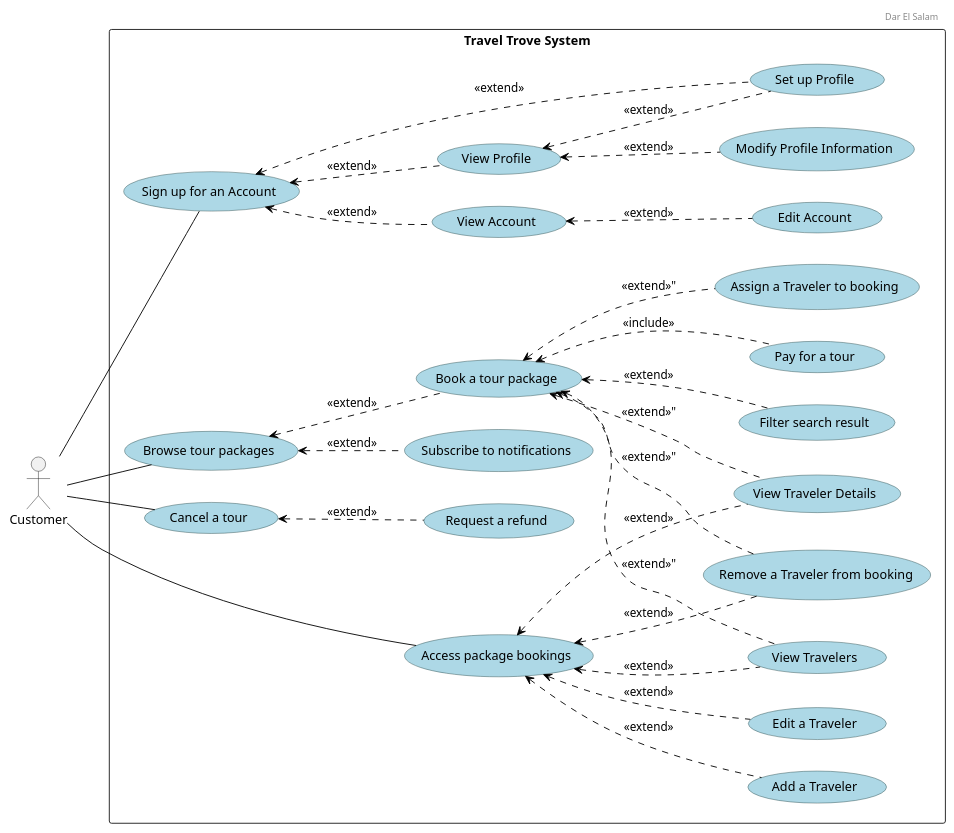
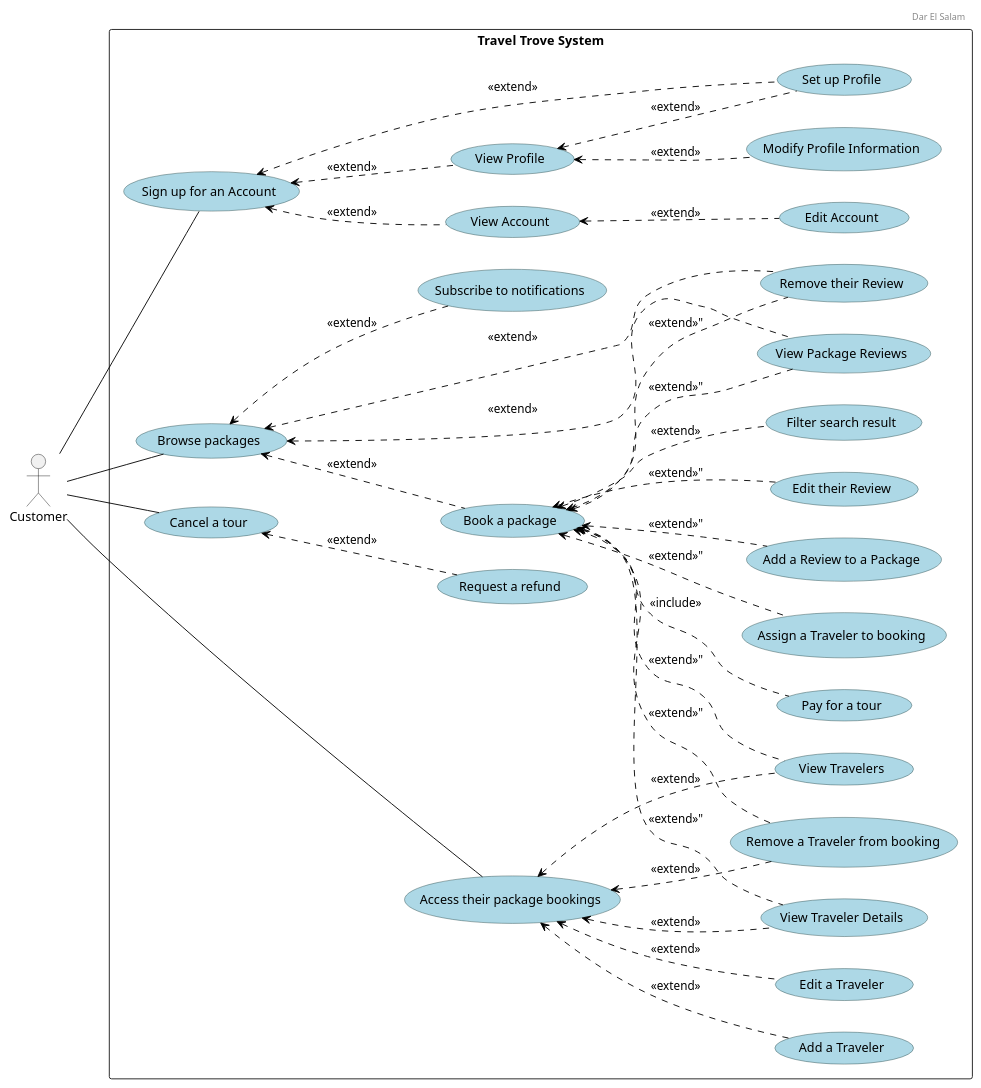
The diagram in diagrams/use cases/Customer.puml (Hares-2088/TravelTrove), drawn with PlantUML before and after one commit. The commit also changed 5 other files, not shown here.

Commit message:
Use case diagrams changes for reviews

```diff
--- a/diagrams/use cases/Customer.puml
+++ b/diagrams/use cases/Customer.puml
@@ -1,77 +1,88 @@
 @startuml
 
 left to right direction
 
 ' Add a header with left alignment
 header
 Dar El Salam
 endheader
 
 ' Align the header text to the left
 skinparam headerAlignment left
 
 ' Custom skin parameters for use cases
 skinparam usecase {
     BackgroundColor lightblue
     BorderColor DarkSlateGray
     ArrowColor Black
 }
 
 actor "Customer" as Customer
 
 rectangle "Travel Trove System" {
 
     usecase "Sign up for an Account"
     usecase "Set up Profile"
     usecase "View Account"
     usecase "Edit Account"
     usecase "View Profile"
     usecase "Modify Profile Information"
 
-    usecase "Browse tour packages"
+    usecase "Browse packages"
     usecase "Filter search result"
     usecase "Subscribe to notifications"
 
-    usecase "Book a tour package"
+    usecase "Book a package"
     usecase "Pay for a tour"
 
     usecase "Cancel a tour"
     usecase "Request a refund"
 
     usecase "View Travelers"
     usecase "View Traveler Details"
     usecase "Add a Traveler"
     usecase "Edit a Traveler"
     usecase "Assign a Traveler to booking"
     usecase "Remove a Traveler from booking"
 
-    usecase "Access package bookings"
+    usecase "Access their package bookings"
+
+    usecase "View Package Reviews"
+    usecase "Add a Review to a Package"
+    usecase "Edit their Review"
+    usecase "Remove their Review"
 }
 
 "Sign up for an Account" <.. "Set up Profile" : <<extend>>
 "Sign up for an Account" <.. "View Account" : <<extend>>
 "View Account" <.. "Edit Account" : <<extend>>
-"Browse tour packages" <.. "Book a tour package" : <<extend>>
-"Browse tour packages" <.. "Subscribe to notifications" : <<extend>>
-"Book a tour package" <.. "Filter search result" : <<extend>>
-"Book a tour package" <.. "Pay for a tour" : <<include>>
+"Browse packages" <.. "Book a package" : <<extend>>
+"Browse packages" <.. "Subscribe to notifications" : <<extend>>
+"Browse packages" <.. "View Package Reviews" : <<extend>>
+"Browse packages" <.. "Remove their Review" : <<extend>>
+"Book a package" <.. "Filter search result" : <<extend>>
+"Book a package" <.. "Pay for a tour" : <<include>>
 "Cancel a tour" <.. "Request a refund" : <<extend>>
 "Sign up for an Account" <.. "View Profile" : <<extend>>
 "View Profile" <.. "Modify Profile Information" : <<extend>>
 "View Profile" <.. "Set up Profile" : <<extend>>
-"Access package bookings" <.. "View Travelers" : <<extend>>
-"Access package bookings" <.. "View Traveler Details" : <<extend>>
-"Access package bookings" <.. "Add a Traveler" : <<extend>>
-"Access package bookings" <.. "Edit a Traveler" : <<extend>>
-"Access package bookings" <.. "Remove a Traveler from booking" : <<extend>>
-"Book a tour package" <.. "View Travelers" : <<extend>>"
-"Book a tour package" <.. "View Traveler Details" : <<extend>>"
-"Book a tour package" <.. "Remove a Traveler from booking" : <<extend>>"
-"Book a tour package" <.. "Assign a Traveler to booking" : <<extend>>"
+"Access their package bookings" <.. "View Travelers" : <<extend>>
+"Access their package bookings" <.. "View Traveler Details" : <<extend>>
+"Access their package bookings" <.. "Add a Traveler" : <<extend>>
+"Access their package bookings" <.. "Edit a Traveler" : <<extend>>
+"Access their package bookings" <.. "Remove a Traveler from booking" : <<extend>>
+"Book a package" <.. "View Travelers" : <<extend>>"
+"Book a package" <.. "View Traveler Details" : <<extend>>"
+"Book a package" <.. "Remove a Traveler from booking" : <<extend>>"
+"Book a package" <.. "Assign a Traveler to booking" : <<extend>>"
+"Book a package" <.. "View Package Reviews" : <<extend>>"
+"Book a package" <.. "Add a Review to a Package" : <<extend>>"
+"Book a package" <.. "Edit their Review" : <<extend>>"
+"Book a package" <.. "Remove their Review" : <<extend>>"
 
 Customer -- "Sign up for an Account"
-Customer -- "Browse tour packages"
-Customer -- "Access package bookings"
+Customer -- "Browse packages"
+Customer -- "Access their package bookings"
 Customer -- "Cancel a tour"
 
 @enduml
```
